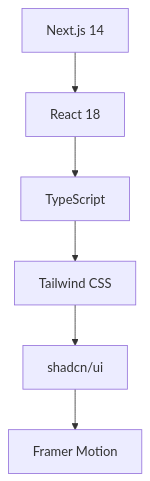
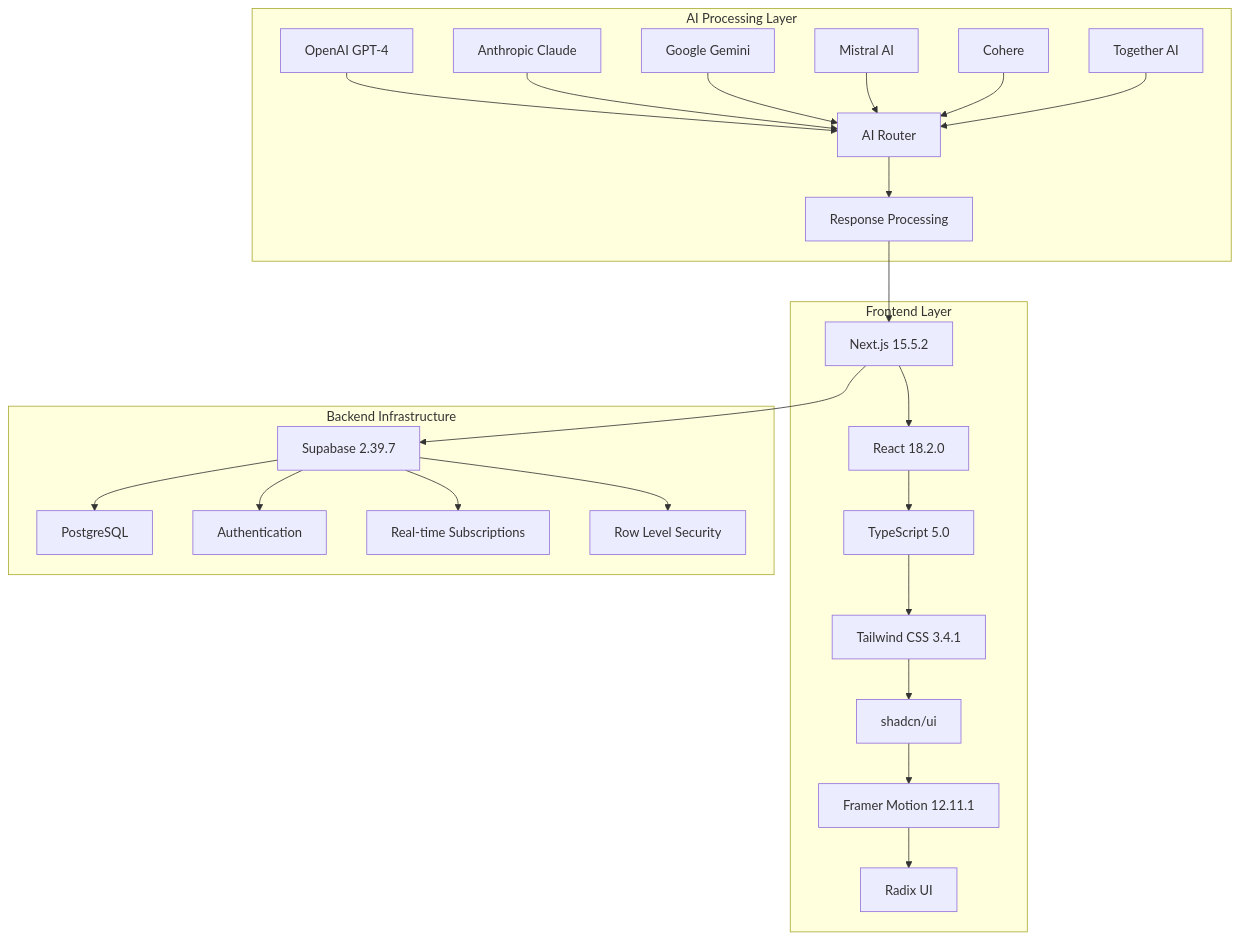
The first of 2 diagrams in README.md (Xenonesis/Juris.AI), drawn with Mermaid before and after one commit. The commit also changed other lines of this file and 42 other files, not shown here.

````diff
--- a/README.md
+++ b/README.md
@@ -139,8 +217,31 @@
 ```mermaid
-graph TD
-    A[Next.js 14] --> B[React 18]
-    B --> C[TypeScript]
-    C --> D[Tailwind CSS]
-    D --> E[shadcn/ui]
-    E --> F[Framer Motion]
+graph TB
+    subgraph "Frontend Layer"
+        A[Next.js 15.5.2] --> B[React 18.2.0]
+        B --> C[TypeScript 5.0]
+        C --> D[Tailwind CSS 3.4.1]
+        D --> E[shadcn/ui]
+        E --> F[Framer Motion 12.11.1]
+        F --> G[Radix UI]
+    end
+    
+    subgraph "Backend Infrastructure"
+        H[Supabase 2.39.7] --> I[PostgreSQL]
+        H --> J[Authentication]
+        H --> K[Real-time Subscriptions]
+        H --> L[Row Level Security]
+    end
+    
+    subgraph "AI Processing Layer"
+        M[OpenAI GPT-4] --> N[AI Router]
+        O[Anthropic Claude] --> N
+        P[Google Gemini] --> N
+        Q[Mistral AI] --> N
+        R[Cohere] --> N
+        S[Together AI] --> N
+        N --> T[Response Processing]
+    end
+    
+    A --> H
+    T --> A
 ```
````
